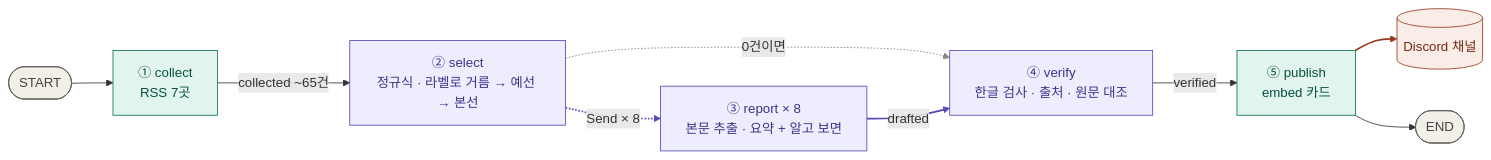
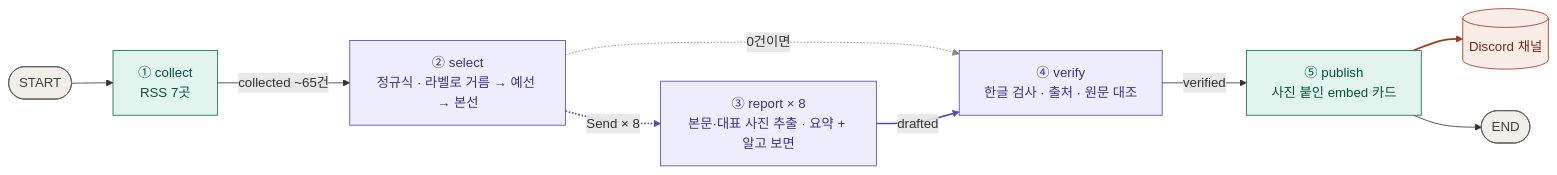
The diagram in README.md (rome777/newsletter-agent), drawn with Mermaid before and after one commit. The commit also changed other lines of this file and 2 other files, not shown here.

````diff
--- a/README.md
+++ b/README.md
@@ -18,25 +18,25 @@
 ```mermaid
 flowchart LR
     S([START]) --> C["① collect<br/>RSS 7곳"]
     C -->|collected ~65건| SE["② select<br/>정규식 · 라벨로 거름 → 예선 → 본선"]
-    SE -.->|Send × 8| R["③ report × 8<br/>본문 추출 · 요약 + 알고 보면"]
+    SE -.->|Send × 8| R["③ report × 8<br/>본문·대표 사진 추출 · 요약 + 알고 보면"]
     SE -.->|0건이면| V
     R -->|drafted| V["④ verify<br/>한글 검사 · 출처 · 원문 대조"]
-    V -->|verified| P["⑤ publish<br/>embed 카드"]
+    V -->|verified| P["⑤ publish<br/>사진 붙인 embed 카드"]
     P --> D[("Discord 채널")]
     P --> E([END])
 
     classDef llm fill:#EEEDFE,stroke:#534AB7,color:#3C3489
     classDef code fill:#E1F5EE,stroke:#0F6E56,color:#085041
     classDef out fill:#FAECE7,stroke:#993C1D,color:#712B13
     classDef term fill:#F1EFE8,stroke:#5F5E5A,color:#444441
     class SE,R,V llm
     class C,P code
     class D out
     class S,E term
 
     linkStyle 2 stroke:#534AB7,stroke-width:2px
     linkStyle 3 stroke:#888780
     linkStyle 4 stroke:#534AB7,stroke-width:2px
     linkStyle 6 stroke:#993C1D,stroke-width:2px
 ```
````
